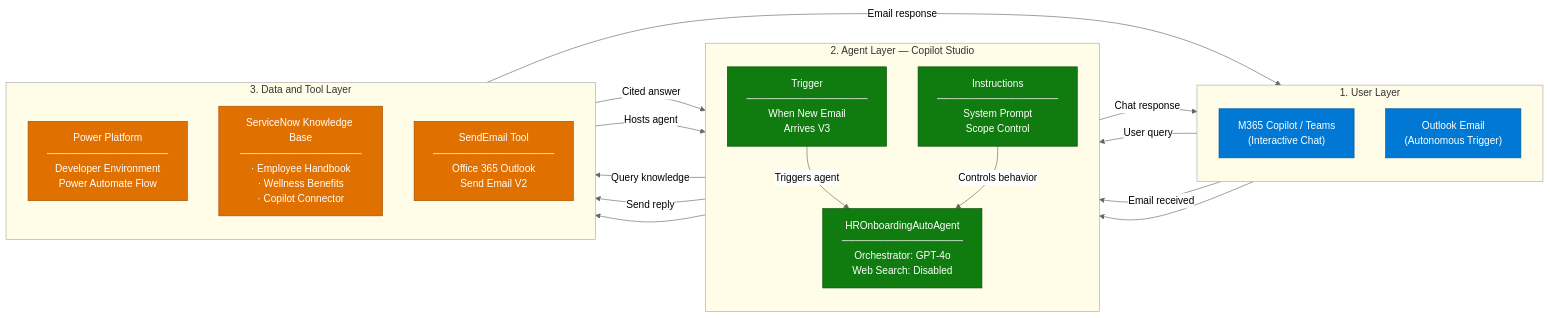
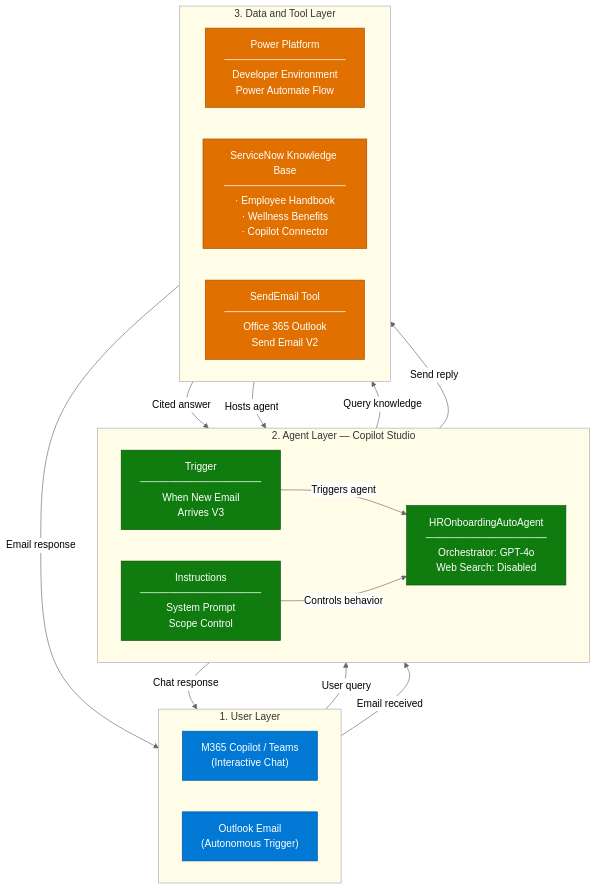
One commit to Seungjin-Ryu/Cloud-Accelerate-Factory-for-Agents-Runbooks changed the first of 3 diagrams in 02-scenarios/HR-Onboarding-Agent/2. Architecture.md. Above: the diagram before and after it, drawn with Mermaid (neutral theme).

Commit message:
Update 2. Architecture.md

````diff
--- a/02-scenarios/HR-Onboarding-Agent/2. Architecture.md
+++ b/02-scenarios/HR-Onboarding-Agent/2. Architecture.md
@@ -11,48 +11,45 @@
 ```mermaid
-flowchart LR
+flowchart TB
     subgraph USER["1. User Layer"]
-        direction TB
+        direction LR
         U1["M365 Copilot / Teams<br/>(Interactive Chat)"]
         U2["Outlook Email<br/>(Autonomous Trigger)"]
     end
 
     subgraph AGENT["2. Agent Layer — Copilot Studio"]
-        direction TB
+        direction LR
         IN["Instructions<br/>─────────────────<br/>System Prompt<br/>Scope Control"]
         AG["HROnboardingAutoAgent<br/>─────────────────<br/>Orchestrator: GPT-4o<br/>Web Search: Disabled"]
         TR["Trigger<br/>─────────────────<br/>When New Email<br/>Arrives V3"]
     end
 
     subgraph DATA["3. Data and Tool Layer"]
-        direction TB
+        direction LR
         PP["Power Platform<br/>─────────────────<br/>Developer Environment<br/>Power Automate Flow"]
         KB["ServiceNow Knowledge Base<br/>─────────────────<br/>· Employee Handbook<br/>· Wellness Benefits<br/>· Copilot Connector"]
         TL["SendEmail Tool<br/>─────────────────<br/>Office 365 Outlook<br/>Send Email V2"]
     end
 
-    USER --> AGENT
-    AGENT --> DATA
-
     U1 -->|"User query"| AG
+    AG -->|"Chat response"| U1
     U2 -->|"Email received"| TR
     TR -->|"Triggers agent"| AG
     IN -->|"Controls behavior"| AG
     AG -->|"Query knowledge"| KB
     KB -->|"Cited answer"| AG
     AG -->|"Send reply"| TL
     TL -->|"Email response"| U2
-    AG -->|"Chat response"| U1
     PP -->|"Hosts agent"| AG
 
     style U1 fill:#0078D4,color:#fff,stroke:#005A9E
     style U2 fill:#0078D4,color:#fff,stroke:#005A9E
     style AG fill:#107C10,color:#fff,stroke:#004B00
     style TR fill:#107C10,color:#fff,stroke:#004B00
     style IN fill:#107C10,color:#fff,stroke:#004B00
     style KB fill:#E07000,color:#fff,stroke:#A05000
     style TL fill:#E07000,color:#fff,stroke:#A05000
     style PP fill:#E07000,color:#fff,stroke:#A05000
     style USER fill:#fffde7,stroke:#aaa
     style AGENT fill:#fffde7,stroke:#aaa
     style DATA fill:#fffde7,stroke:#aaa
 ```
````
